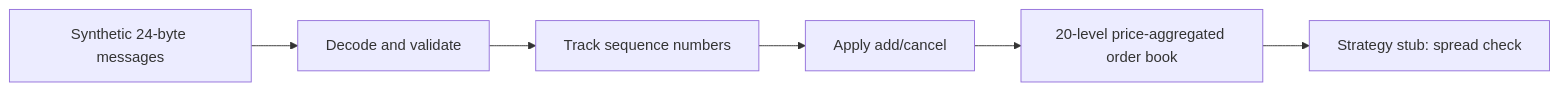
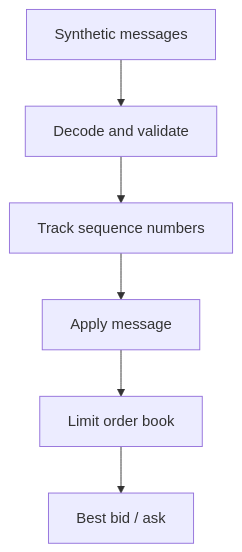
The diagram in README.md (Ghaith8Bit/simple-hft-engine), drawn with Mermaid before and after one commit. The commit also changed other lines of this file and 27 other files, not shown here.

````diff
--- a/README.md
+++ b/README.md
@@ -11,8 +20,8 @@
 ```mermaid
-flowchart LR
-    A["Synthetic 24-byte messages"] --> B["Decode and validate"]
+flowchart TD
+    A["Synthetic messages"] --> B["Decode and validate"]
     B --> C["Track sequence numbers"]
-    C --> D["Apply add/cancel"]
-    D --> E["20-level price-aggregated order book"]
-    E --> F["Strategy stub: spread check"]
+    C --> D["Apply message"]
+    D --> E["Limit order book"]
+    E --> F["Best bid / ask"]
 ```
````
